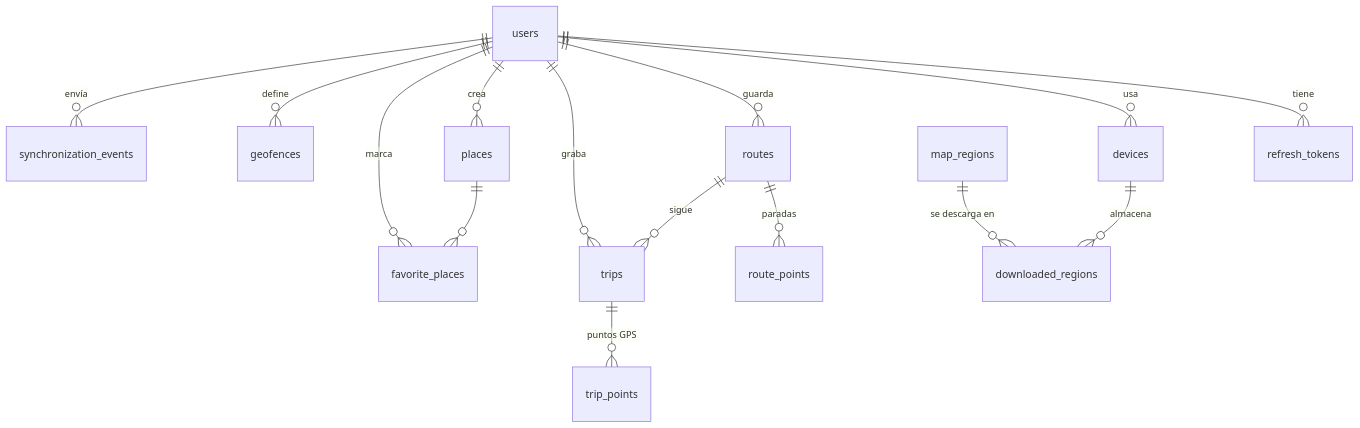
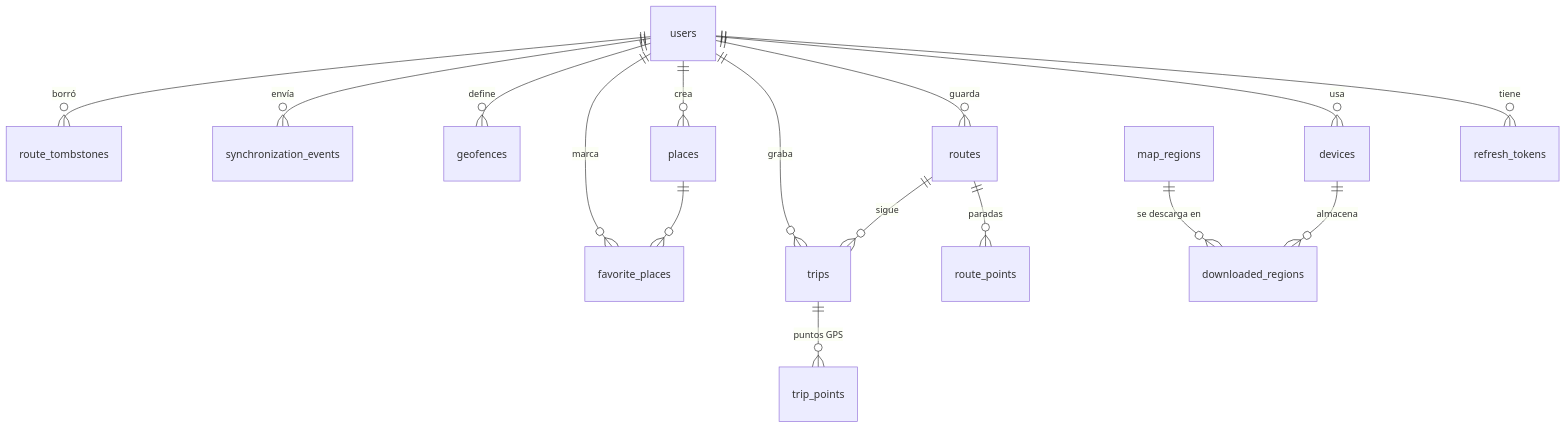
One commit to DrubberSan16/route-maps changed the third of 7 diagrams in docs/architecture.md. Above: the diagram before and after it, drawn with Mermaid. The commit also changed other lines of this file and 53 other files, not shown here.

````diff
--- a/docs/architecture.md
+++ b/docs/architecture.md
@@ -109,17 +109,18 @@
 ```mermaid
 erDiagram
   users ||--o{ refresh_tokens : tiene
   users ||--o{ devices : usa
   users ||--o{ routes : guarda
   users ||--o{ trips : graba
   users ||--o{ places : crea
   users ||--o{ favorite_places : marca
   users ||--o{ geofences : define
   users ||--o{ synchronization_events : envía
+  users ||--o{ route_tombstones : "borró"
   devices ||--o{ downloaded_regions : almacena
   map_regions ||--o{ downloaded_regions : "se descarga en"
   routes ||--o{ route_points : "paradas"
   routes ||--o{ trips : "sigue"
   trips ||--o{ trip_points : "puntos GPS"
   places ||--o{ favorite_places : ""
 ```
````
